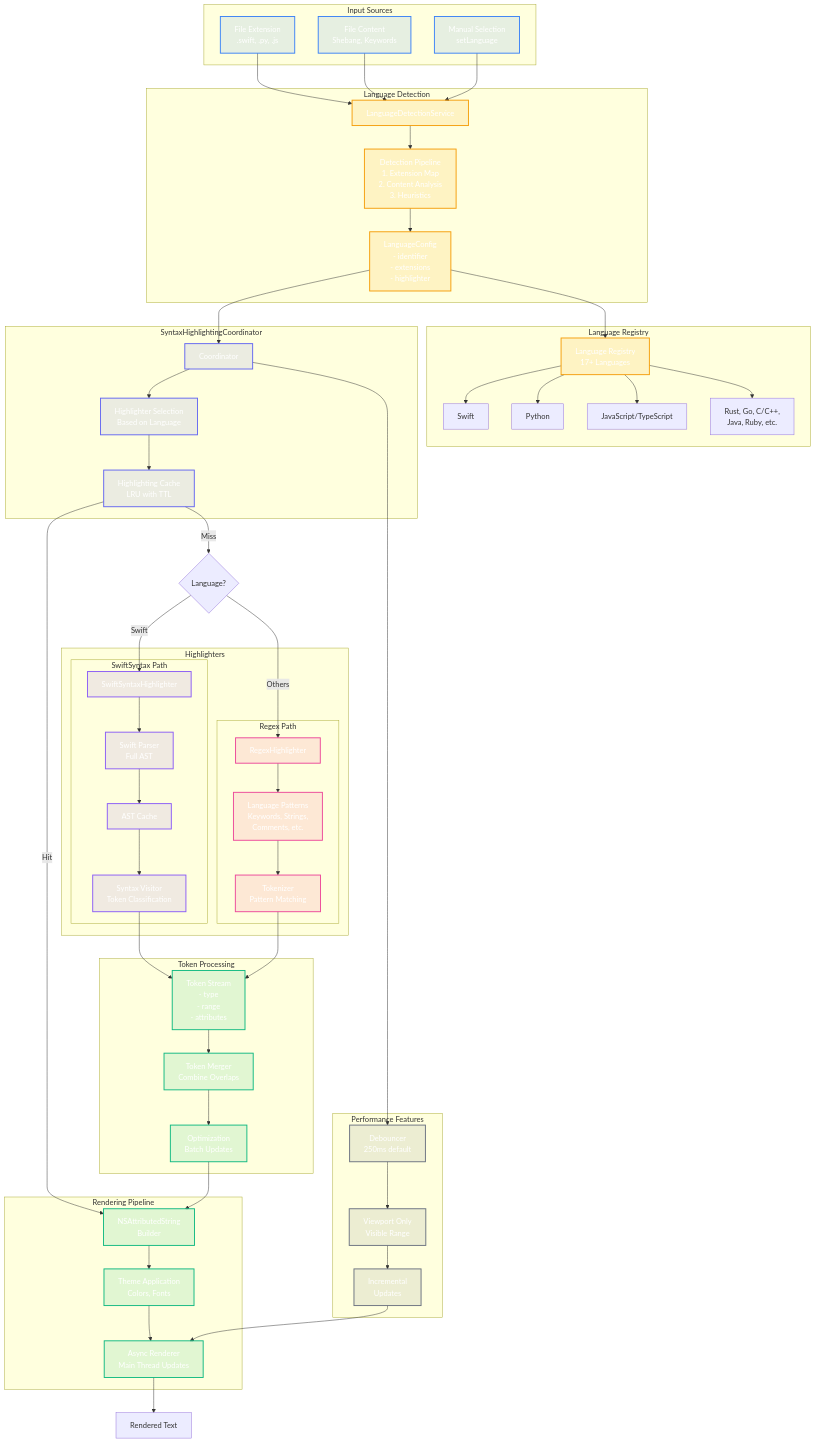
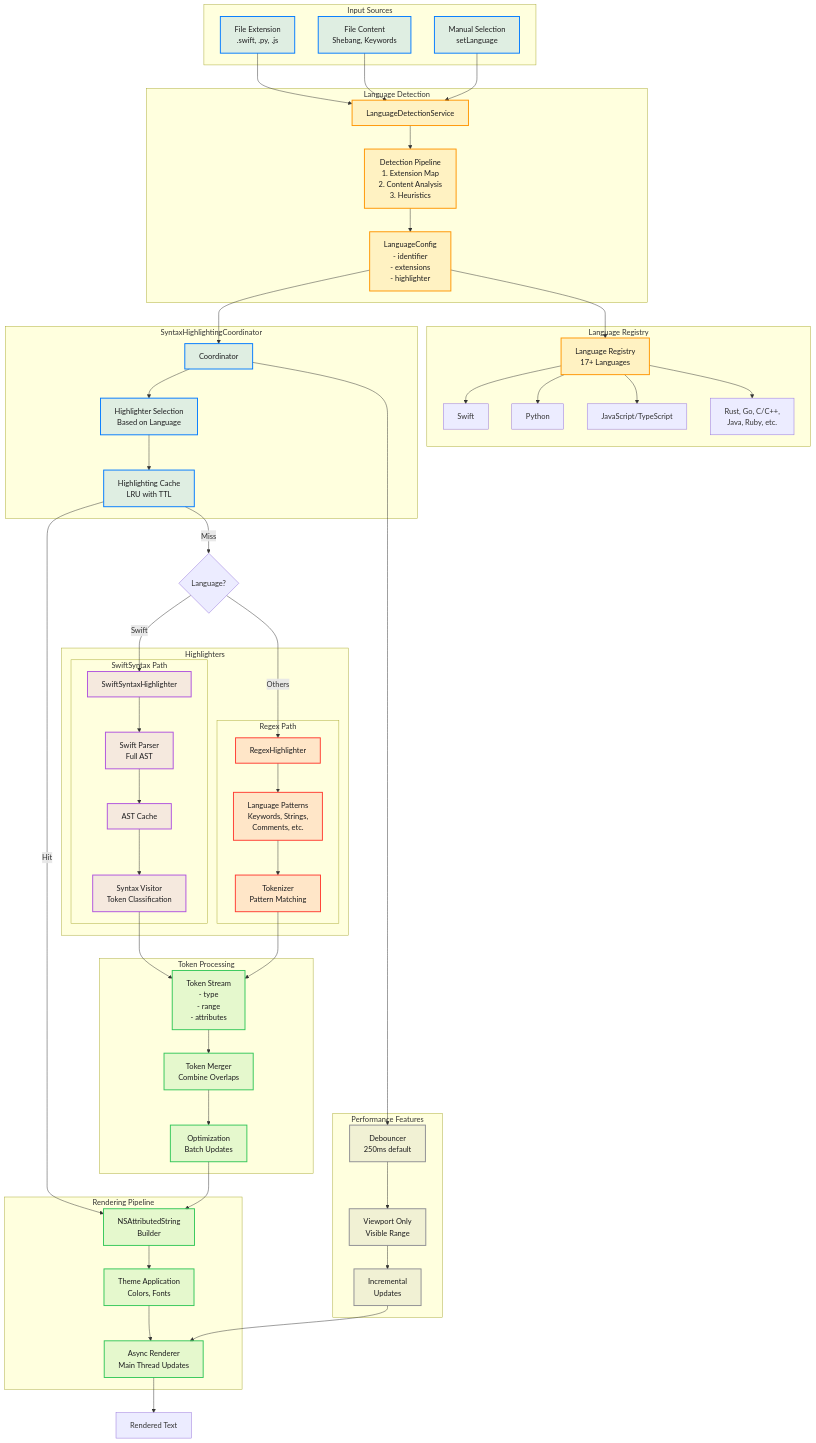
Before and after one commit to ajmcclary/CodeEditorKit: the diagram in Diagrams/06-language-syntax-highlighting-pipeline.md, drawn with Mermaid. The commit also changed 25 other files, not shown here.

First line of the commit message:
Refactor diagram color schemes for dark mode compatibility and semantic clarity

```diff
--- a/Diagrams/06-language-syntax-highlighting-pipeline.md
+++ b/Diagrams/06-language-syntax-highlighting-pipeline.md
@@ -126,13 +126,13 @@
     ASYNC --> RENDER[Rendered Text]
 
     %% Styling - Dark mode friendly colors
-    classDef input fill:#3b82f620,stroke:#3b82f6,stroke-width:2px,color:#fff
-    classDef detection fill:#f59e0b20,stroke:#f59e0b,stroke-width:2px,color:#fff
-    classDef coordinator fill:#6366f120,stroke:#6366f1,stroke-width:2px,color:#fff
-    classDef swift fill:#8b5cf620,stroke:#8b5cf6,stroke-width:2px,color:#fff
-    classDef regex fill:#ec489920,stroke:#ec4899,stroke-width:2px,color:#fff
-    classDef process fill:#10b98120,stroke:#10b981,stroke-width:2px,color:#fff
-    classDef perf fill:#6b728020,stroke:#6b7280,stroke-width:2px,color:#fff
+    classDef input fill:#007AFF20,stroke:#007AFF,stroke-width:2px,color:#1D1D1F
+    classDef detection fill:#FF950020,stroke:#FF9500,stroke-width:2px,color:#1D1D1F
+    classDef coordinator fill:#007AFF20,stroke:#007AFF,stroke-width:2px,color:#1D1D1F
+    classDef swift fill:#AF52DE20,stroke:#AF52DE,stroke-width:2px,color:#1D1D1F
+    classDef regex fill:#FF3B3020,stroke:#FF3B30,stroke-width:2px,color:#1D1D1F
+    classDef process fill:#34C75920,stroke:#34C759,stroke-width:2px,color:#1D1D1F
+    classDef perf fill:#8E8E9320,stroke:#8E8E93,stroke-width:2px,color:#1D1D1F
     
     class FILE input
     class CONTENT input
```
